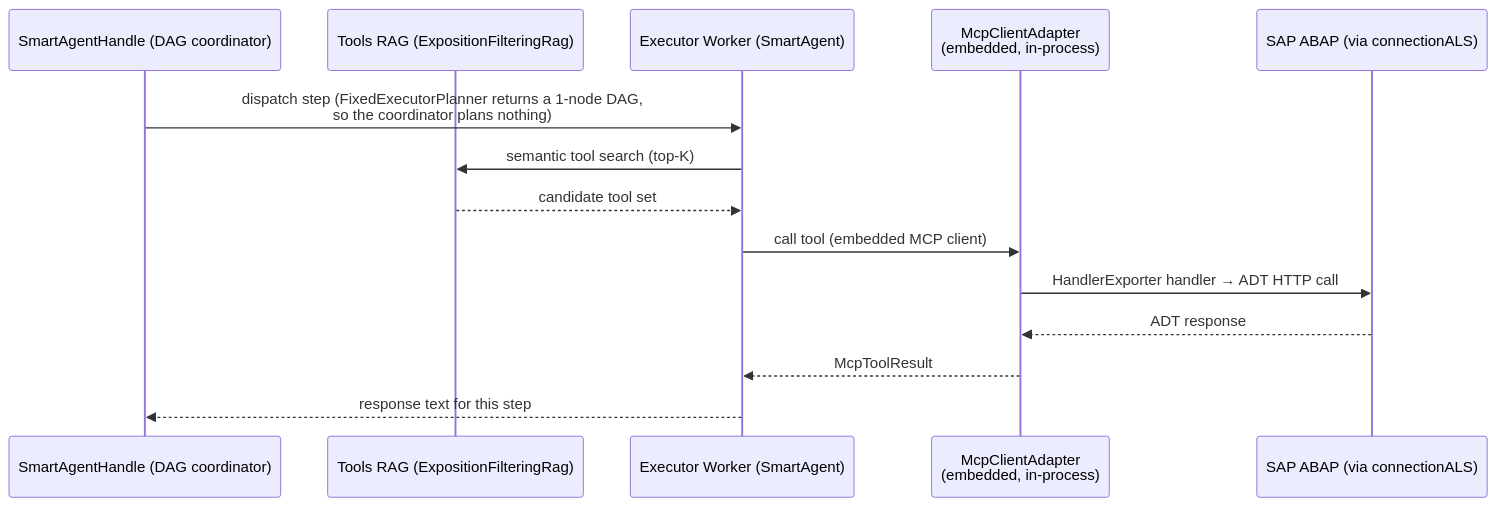
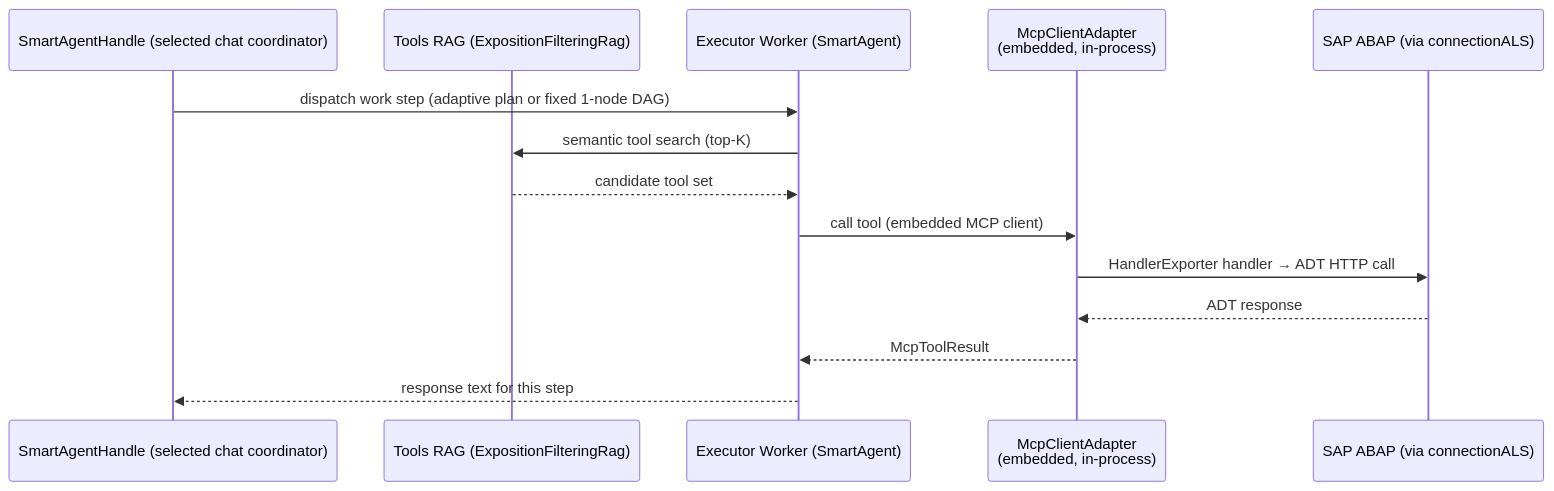
One commit to fr0ster/cloud-llm-hub changed diagram 12 of 23 in docs/architecture/ARCHITECTURE.md. Above: the diagram before and after it, drawn with Mermaid. The commit also changed other lines of this file and 58 other files, not shown here.

First line of the commit message:
feat(chat): adaptive plan controller (#31)

````diff
--- a/docs/architecture/ARCHITECTURE.md
+++ b/docs/architecture/ARCHITECTURE.md
@@ -738,17 +738,17 @@
 ```mermaid
 sequenceDiagram
-    participant Handle as SmartAgentHandle (DAG coordinator)
+    participant Handle as SmartAgentHandle (selected chat coordinator)
     participant RAG as Tools RAG (ExpositionFilteringRag)
     participant Exec as Executor Worker (SmartAgent)
     participant Adapter as McpClientAdapter<br/>(embedded, in-process)
     participant ABAP as SAP ABAP (via connectionALS)
 
-    Handle->>Exec: dispatch step (FixedExecutorPlanner returns a 1-node DAG,<br/>so the coordinator plans nothing)
+    Handle->>Exec: dispatch work step (adaptive plan or fixed 1-node DAG)
     Exec->>RAG: semantic tool search (top-K)
     RAG-->>Exec: candidate tool set
     Exec->>Adapter: call tool (embedded MCP client)
     Adapter->>ABAP: HandlerExporter handler → ADT HTTP call
     ABAP-->>Adapter: ADT response
     Adapter-->>Exec: McpToolResult
     Exec-->>Handle: response text for this step
 ```
````
